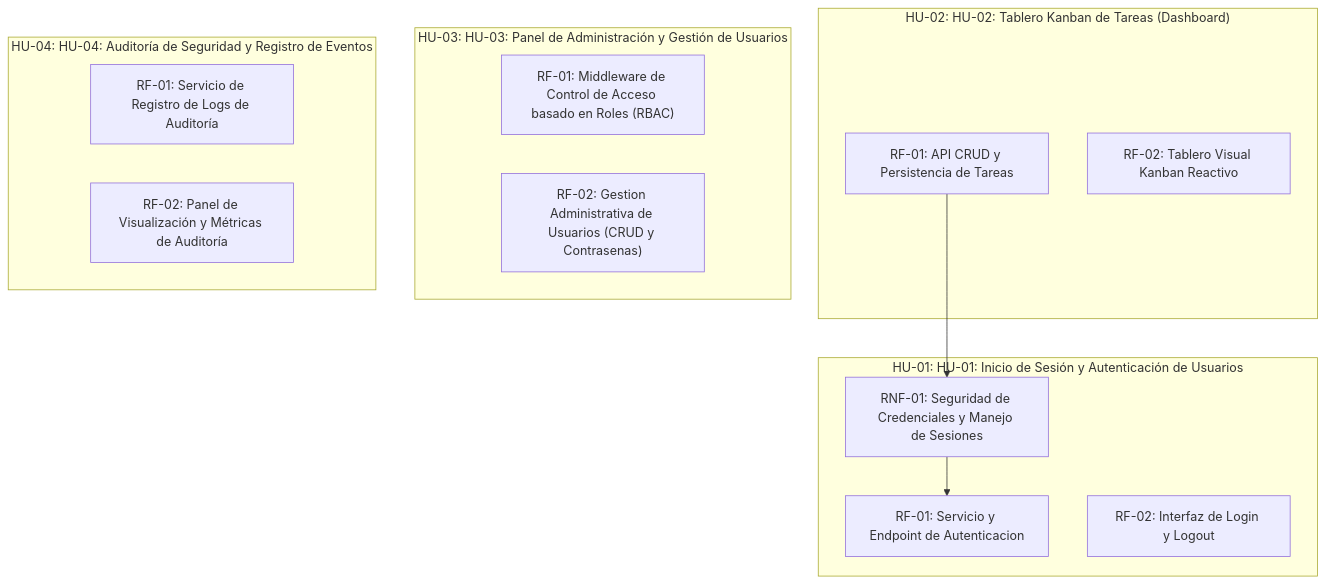
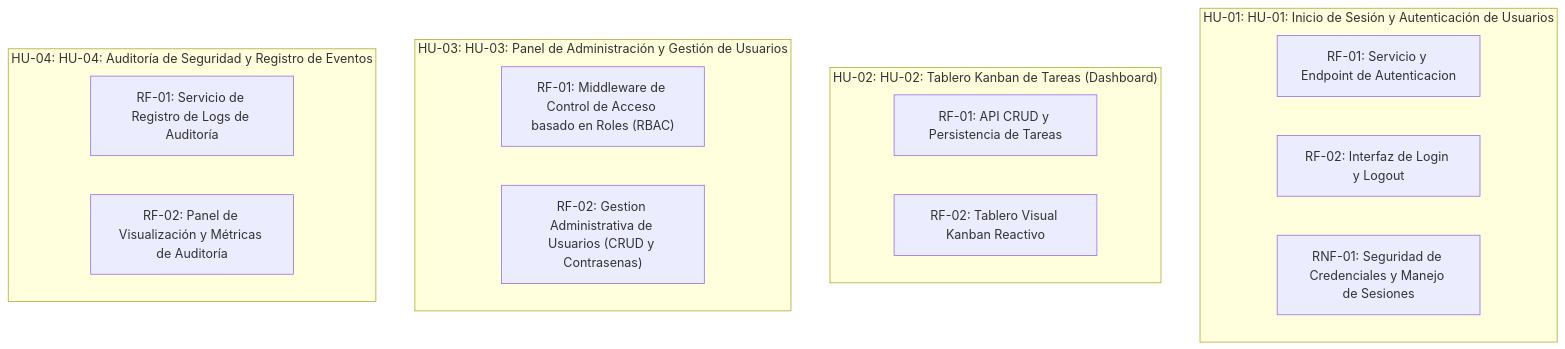
One commit to fiemcasals/PRUEBA_SCRUM changed the diagram in docs/grafo.md. Above: the diagram before and after it, drawn with Mermaid. The commit also changed other lines of this file, not shown here.

Commit message:
Auto-publish: actualiza docs/grafo.md

````diff
--- a/docs/grafo.md
+++ b/docs/grafo.md
@@ -5,22 +5,20 @@
 ```mermaid
 graph TD
   subgraph US_1786548038997["HU-01: HU-01: Inicio de Sesión y Autenticación de Usuarios"]
     REQ_1786550047158["RF-01: Servicio y Endpoint de Autenticacion"]
     REQ_1786550047244["RF-02: Interfaz de Login y Logout"]
     REQ_1786550047330["RNF-01: Seguridad de Credenciales y Manejo de Sesiones"]
   end
   subgraph US_1786548041528["HU-02: HU-02: Tablero Kanban de Tareas (Dashboard)"]
     REQ_1786550047416["RF-01: API CRUD y Persistencia de Tareas"]
     REQ_1786550047501["RF-02: Tablero Visual Kanban Reactivo"]
   end
   subgraph US_1786548043984["HU-03: HU-03: Panel de Administración y Gestión de Usuarios"]
     REQ_1786550047567["RF-01: Middleware de Control de Acceso basado en Roles (RBAC)"]
     REQ_1786550047637["RF-02: Gestion Administrativa de Usuarios (CRUD y Contrasenas)"]
   end
   subgraph US_1786638004323["HU-04: HU-04: Auditoría de Seguridad y Registro de Eventos"]
     REQ_1786638016981["RF-01: Servicio de Registro de Logs de Auditoría"]
     REQ_1786638091109["RF-02: Panel de Visualización y Métricas de Auditoría"]
   end
-  REQ_1786550047330 --> REQ_1786550047158
-  REQ_1786550047416 --> REQ_1786550047330
 ```
````
